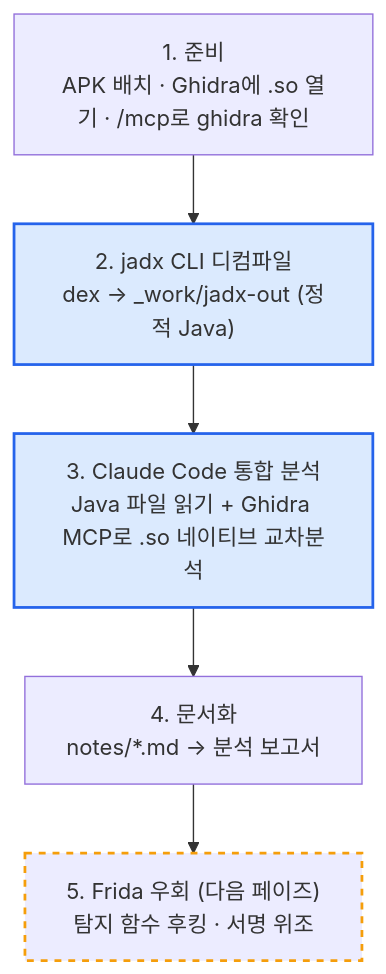
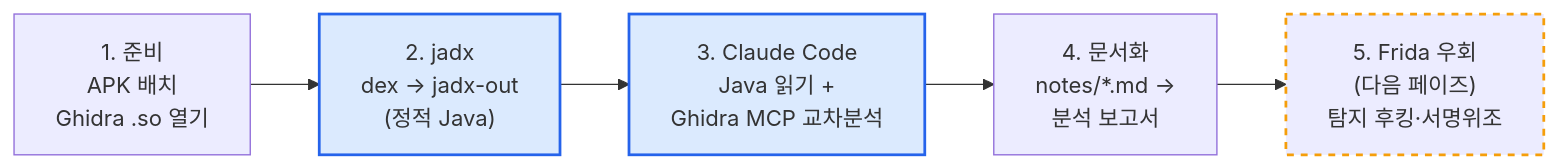
One commit to uachoi/revkit changed the diagram in docs/APK 리버싱 워크플로우 jadx → Ghidra → MCP → Frida_v1.1.md. Above: the diagram before and after it, drawn with Mermaid. The commit also changed 1 other file, not shown here.

Commit message:
docs: mermaid 다이어그램을 가로(LR) 방향으로 변경
세로로 길게 스크롤해야 보이던 flowchart TD를 LR로 바꾸고,
두 번째 .so 전수 분석 다이어그램은 '전수 준비' / '하나씩 반복'
두 단계로 쪼개 한눈에 보이게 재구성.

````diff
--- a/docs/APK 리버싱 워크플로우 jadx → Ghidra → MCP → Frida_v1.1.md
+++ b/docs/APK 리버싱 워크플로우 jadx → Ghidra → MCP → Frida_v1.1.md
@@ -19,10 +19,10 @@
 ```mermaid
-flowchart TD
-    A["1. 준비<br/>APK 배치 · Ghidra에 .so 열기 · /mcp로 ghidra 확인"] --> B["2. jadx CLI 디컴파일<br/>dex → _work/jadx-out (정적 Java)"]
-    B --> C["3. Claude Code 통합 분석<br/>Java 파일 읽기 + Ghidra MCP로 .so 네이티브 교차분석"]
-    C --> D["4. 문서화<br/>notes/*.md → 분석 보고서"]
-    D --> E["5. Frida 우회 (다음 페이즈)<br/>탐지 함수 후킹 · 서명 위조"]
+flowchart LR
+    A["1. 준비<br/>APK 배치<br/>Ghidra .so 열기"] --> B["2. jadx<br/>dex → jadx-out<br/>(정적 Java)"]
+    B --> C["3. Claude Code<br/>Java 읽기 +<br/>Ghidra MCP 교차분석"]
+    C --> D["4. 문서화<br/>notes/*.md →<br/>분석 보고서"]
+    D --> E["5. Frida 우회<br/>(다음 페이즈)<br/>탐지 후킹·서명위조"]
     style B fill:#dbeafe,stroke:#2563eb,stroke-width:2px
     style C fill:#dbeafe,stroke:#2563eb,stroke-width:2px
     style E stroke:#f59e0b,stroke-width:2px,stroke-dasharray:5 5
 ```
````
